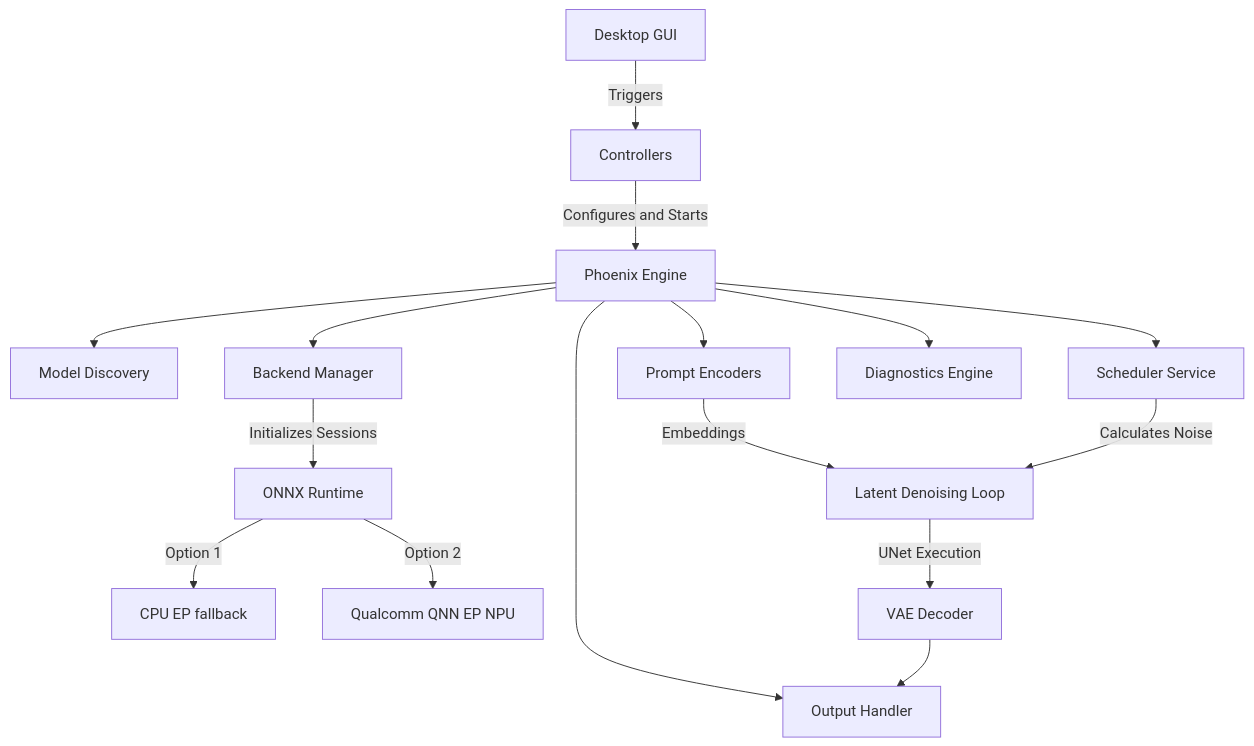
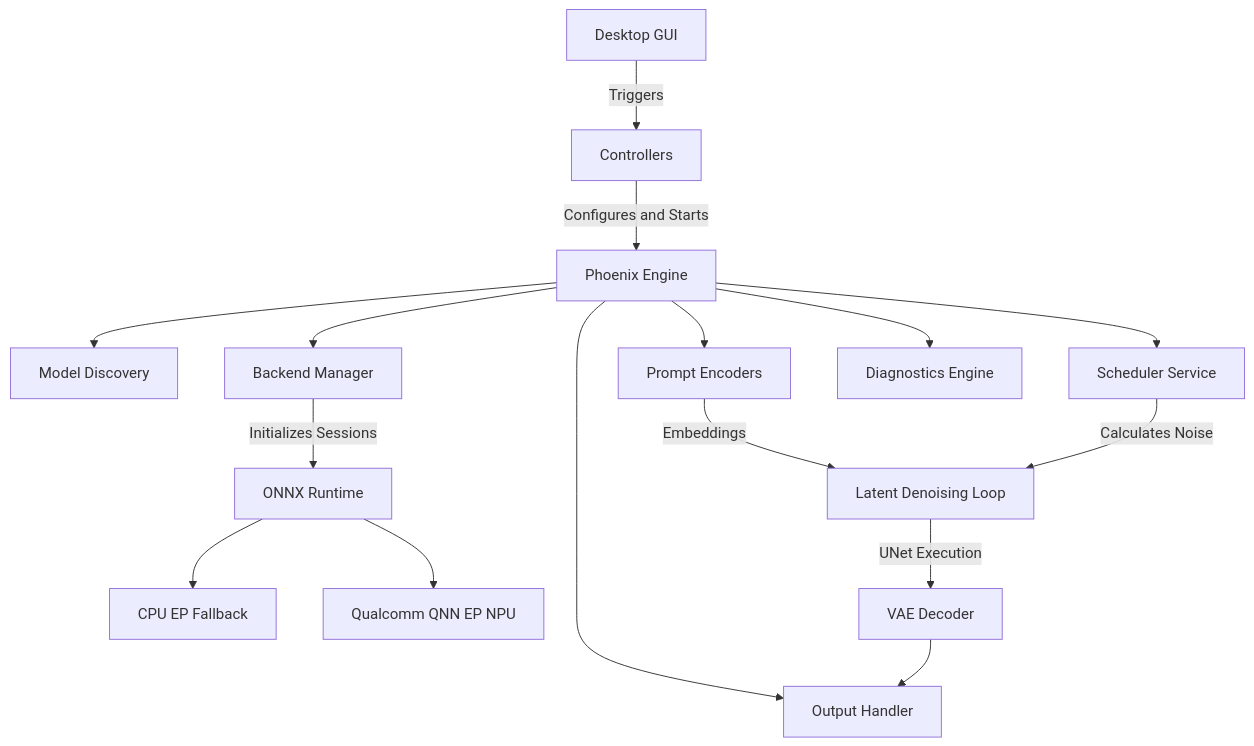
One commit to Kreuzhofen/hk-npu-studio changed the diagram in README.md. Above: the diagram before and after it, drawn with Mermaid.

Commit message:
README: Fix Mermaid diagram

````diff
--- a/README.md
+++ b/README.md
@@ -255,21 +255,22 @@
 ```mermaid
 flowchart TD
-    UI[Desktop GUI] -->|Triggers| CTRL[Controllers]
-    CTRL -->|Configures and Starts| PHX[Phoenix Engine]
-    
-    PHX --> DISC[Model Discovery]
-    PHX --> PROMPT[Prompt Encoders]
-    PHX --> SCHED[Scheduler Service]
-    PHX --> BACKEND[Backend Manager]
-    PHX --> DIAG[Diagnostics Engine]
-    PHX --> OUT[Output Handler]
- 
-    BACKEND -->|Initializes Sessions| ORT[ONNX Runtime]
-    ORT -->|Option 1| CPU[CPU EP fallback]
-    ORT -->|Option 2| QNN[Qualcomm QNN EP NPU]
-    
-    PROMPT -->|Embeddings| LATENT[Latent Denoising Loop]
+
+    UI["Desktop GUI"] -->|Triggers| CTRL["Controllers"]
+    CTRL -->|Configures and Starts| PHX["Phoenix Engine"]
+
+    PHX --> DISC["Model Discovery"]
+    PHX --> PROMPT["Prompt Encoders"]
+    PHX --> SCHED["Scheduler Service"]
+    PHX --> BACKEND["Backend Manager"]
+    PHX --> DIAG["Diagnostics Engine"]
+    PHX --> OUT["Output Handler"]
+
+    BACKEND -->|Initializes Sessions| ORT["ONNX Runtime"]
+    ORT --> CPU["CPU EP Fallback"]
+    ORT --> QNN["Qualcomm QNN EP NPU"]
+
+    PROMPT -->|Embeddings| LATENT["Latent Denoising Loop"]
     SCHED -->|Calculates Noise| LATENT
-    LATENT -->|UNet Execution| VAE[VAE Decoder]
+    LATENT -->|UNet Execution| VAE["VAE Decoder"]
     VAE --> OUT
 ```
````
